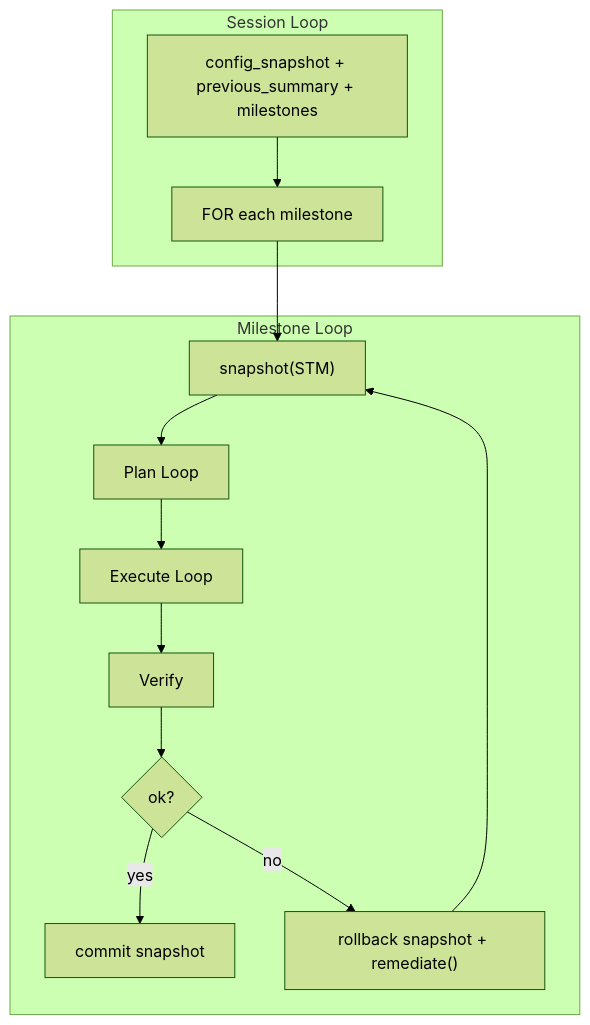
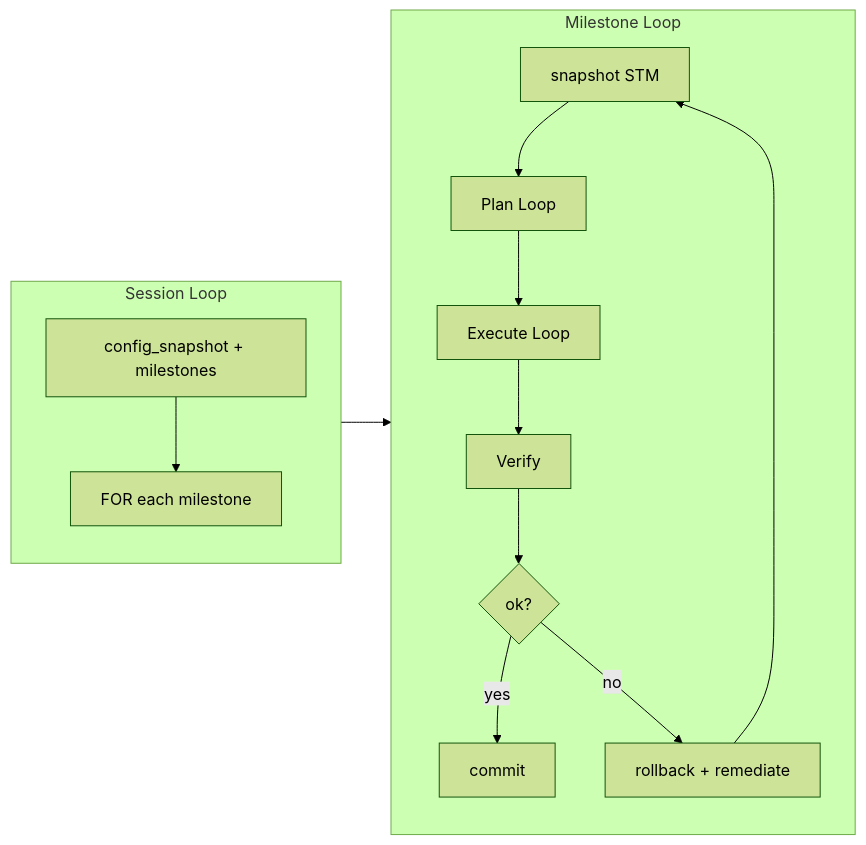
Before and after one commit to clowder-labs/Deterministic-Agent-Runtime-Engine: the fourth of 13 diagrams in docs/DARE_FRAMEWORK_DESIGN.md, drawn with Mermaid (forest theme). The commit also changed other lines of this file, not shown here.

````diff
--- a/docs/DARE_FRAMEWORK_DESIGN.md
+++ b/docs/DARE_FRAMEWORK_DESIGN.md
@@ -177,19 +171,25 @@
 ```mermaid
-flowchart TB
+flowchart LR
   subgraph L1["Session Loop"]
-    S1["config_snapshot + previous_summary + milestones"]
+    direction TB
+    S1["config_snapshot + milestones"]
     S2["FOR each milestone"]
+    S1 --> S2
   end
+
   subgraph L2["Milestone Loop"]
-    M1["snapshot(STM)"]
+    direction TB
+    M1["snapshot STM"]
     M2["Plan Loop"]
     M3["Execute Loop"]
     M4["Verify"]
     M5{"ok?"}
-    M6["commit snapshot"]
-    M7["rollback snapshot + remediate()"]
+    M6["commit"]
+    M7["rollback + remediate"]
+    M1 --> M2 --> M3 --> M4 --> M5
+    M5 -->|yes| M6
+    M5 -->|no| M7 --> M1
   end
-  S1 --> S2 --> M1 --> M2 --> M3 --> M4 --> M5
-  M5 -->|yes| M6
-  M5 -->|no| M7 --> M1
+
+  S2 --> M1
 ```
````
